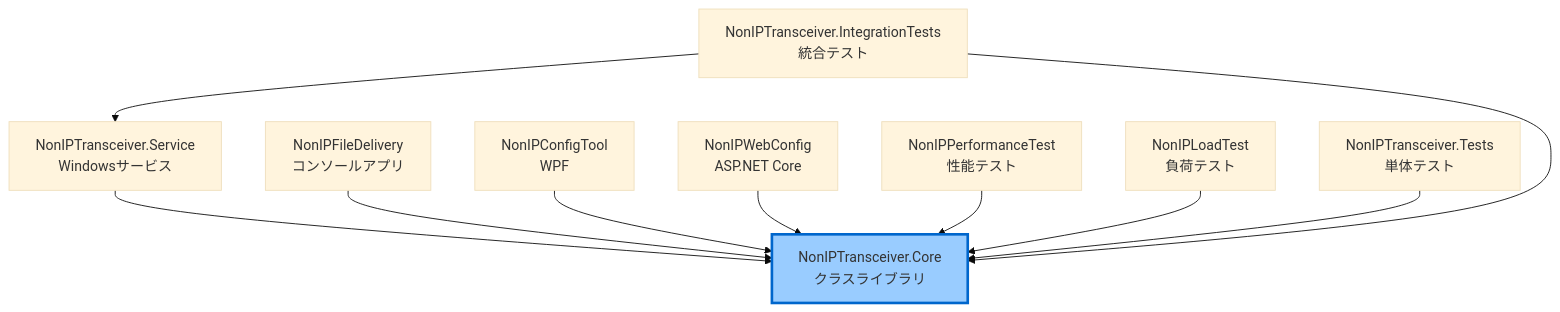
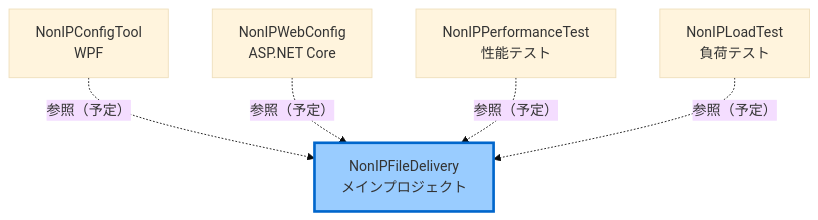
The third of 6 diagrams in functionaldesign.md (InvestorX/Non-IP-File-Delivery), drawn with Mermaid (base theme) before and after one commit. The commit also changed other lines of this file, not shown here.

````diff
--- a/functionaldesign.md
+++ b/functionaldesign.md
@@ -289,27 +245,16 @@
 ```mermaid
 graph TD
-    A[NonIPTransceiver.Core<br/>クラスライブラリ]
+    A[NonIPFileDelivery<br/>メインプロジェクト]
     
-    B[NonIPTransceiver.Service<br/>Windowsサービス]
-    C[NonIPFileDelivery<br/>コンソールアプリ]
-    D[NonIPConfigTool<br/>WPF]
-    E[NonIPWebConfig<br/>ASP.NET Core]
-    F[NonIPPerformanceTest<br/>性能テスト]
-    G[NonIPLoadTest<br/>負荷テスト]
+    B[NonIPConfigTool<br/>WPF]
+    C[NonIPWebConfig<br/>ASP.NET Core]
+    D[NonIPPerformanceTest<br/>性能テスト]
+    E[NonIPLoadTest<br/>負荷テスト]
     
-    H[NonIPTransceiver.Tests<br/>単体テスト]
-    I[NonIPTransceiver.IntegrationTests<br/>統合テスト]
-    
-    B --> A
-    C --> A
-    D --> A
-    E --> A
-    F --> A
-    G --> A
-    
-    H --> A
-    I --> A
-    I --> B
+    B -.->|参照（予定）| A
+    C -.->|参照（予定）| A
+    D -.->|参照（予定）| A
+    E -.->|参照（予定）| A
     
     style A fill:#99ccff,stroke:#0066cc,stroke-width:3px
 ```
````
